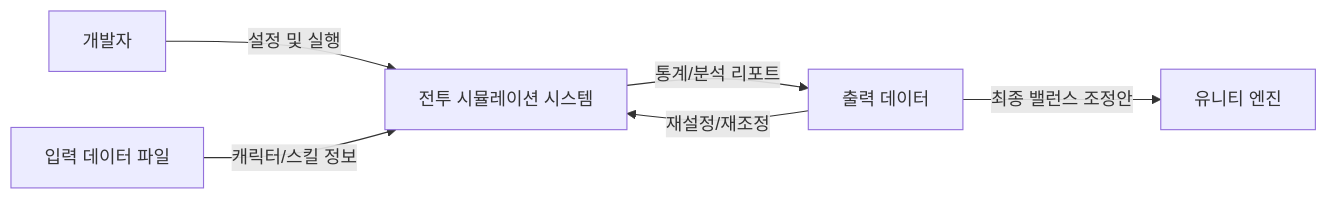
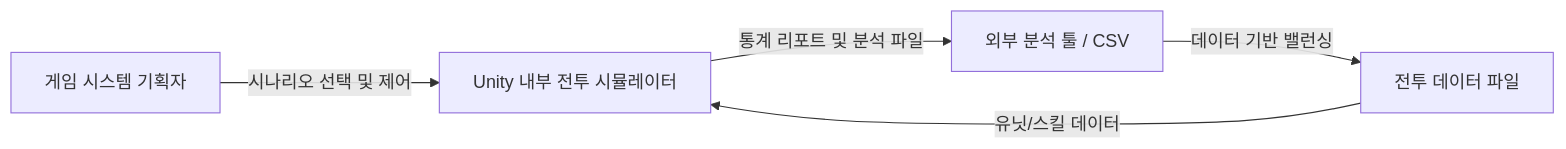
Before and after one commit to Patrinia/4vs4-internal-simulator: the diagram in Assets/Documents/Conceptualization_22313539_이종헌.md, drawn with Mermaid. The commit also changed other lines of this file, not shown here.

````diff
--- a/Assets/Documents/Conceptualization_22313539_이종헌.md
+++ b/Assets/Documents/Conceptualization_22313539_이종헌.md
@@ -34,8 +32,7 @@
 ```mermaid
 graph LR
-    Dev[개발자] -- "설정 및 실행" --> Sys[전투 시뮬레이션 시스템]
-    Data[입력 데이터 파일] -- "캐릭터/스킬 정보" --> Sys
-    Sys -- "통계/분석 리포트" --> Report[출력 데이터]
-    Report -- "재설정/재조정" --> Sys
-    Report -- "최종 밸런스 조정안" --> Unity[유니티 엔진]
+    Designer[게임 시스템 기획자] -- "시나리오 선택 및 제어" --> Sys[Unity 내부 전투 시뮬레이터]
+    Data[전투 데이터 파일] -- "유닛/스킬 데이터" --> Sys
+    Sys -- "통계 리포트 및 분석 파일" --> External[외부 분석 툴 / CSV]
+    External -- "데이터 기반 밸런싱" --> Data
 ```
````
